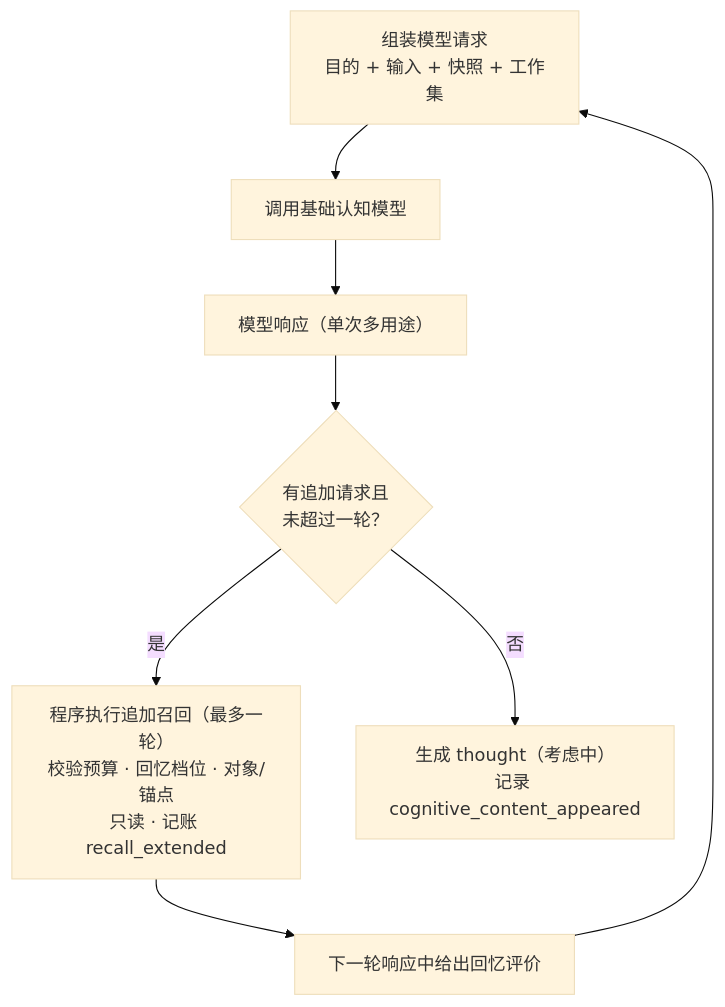
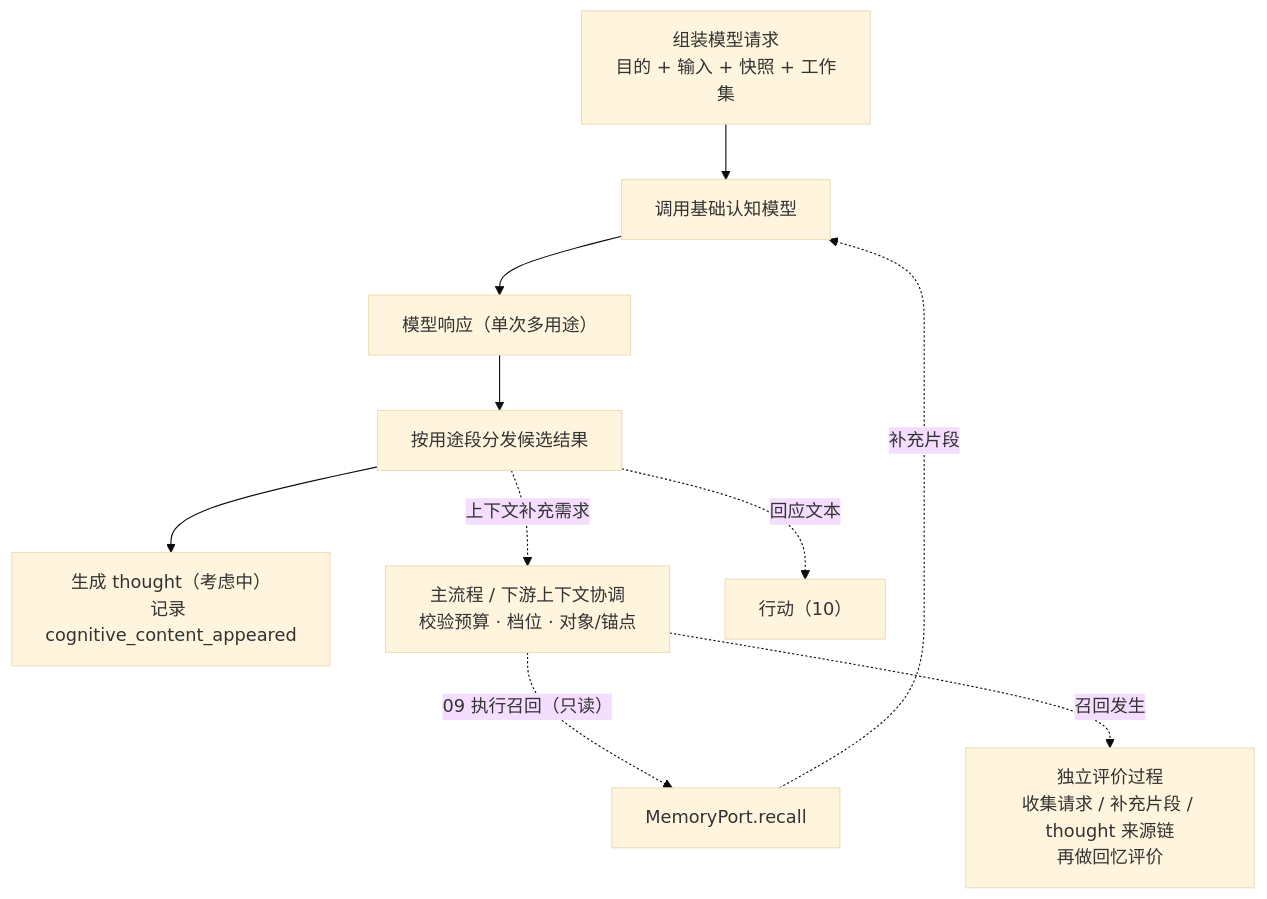
One commit to Llllsuhdjhhd/JShi changed the diagram in doc/design/05-认知与追加召回.md. Above: the diagram before and after it, drawn with Mermaid (base theme). The commit also changed other lines of this file and 44 other files, not shown here.

Commit message:
refactor: activity flow and memory boundaries

````diff
--- a/doc/design/05-认知与追加召回.md
+++ b/doc/design/05-认知与追加召回.md
@@ -31,10 +33,12 @@
 ```mermaid
 flowchart TB
     REQ["组装模型请求<br/>目的 + 输入 + 快照 + 工作集"] --> LLM["调用基础认知模型"]
     LLM --> RESP["模型响应（单次多用途）"]
-    RESP --> J{"有追加请求且<br/>未超过一轮？"}
-    J -- "是" --> EXEC["程序执行追加召回（最多一轮）<br/>校验预算 · 回忆档位 · 对象/锚点<br/>只读 · 记账 recall_extended"]
-    EXEC --> EVAL["下一轮响应中给出回忆评价"]
-    EVAL --> REQ
-    J -- "否" --> DONE["生成 thought（考虑中）<br/>记录 cognitive_content_appeared"]
+    RESP --> SPLIT["按用途段分发候选结果"]
+    SPLIT --> THOUGHT["生成 thought（考虑中）<br/>记录 cognitive_content_appeared"]
+    SPLIT -. "上下文补充需求" .-> COORD["主流程 / 下游上下文协调<br/>校验预算 · 档位 · 对象/锚点"]
+    COORD -. "09 执行召回（只读）" .-> MEM["MemoryPort.recall"]
+    MEM -. "补充片段" .-> LLM
+    COORD -. "召回发生" .-> EVAL["独立评价过程<br/>收集请求 / 补充片段 / thought 来源链<br/>再做回忆评价"]
+    SPLIT -. "回应文本" .-> ACT["行动（10）"]
 ```
````
